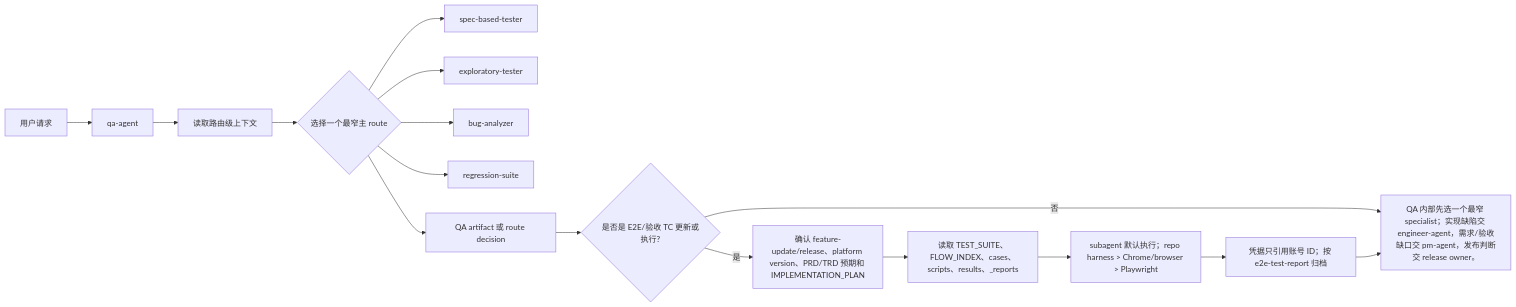
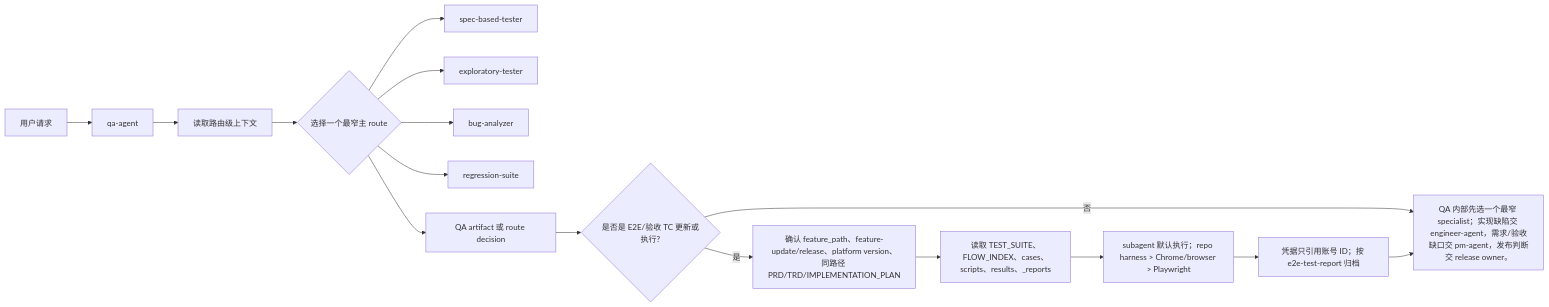
The diagram in docs/pm/agents/qa-agent/PRD.md (Neplich/dev-agent-skills), drawn with Mermaid before and after one commit. The commit also changed other lines of this file and 226 other files, not shown here.

First line of the commit message:
feat: 固化多级 feature_path 文档契约

````diff
--- a/docs/pm/agents/qa-agent/PRD.md
+++ b/docs/pm/agents/qa-agent/PRD.md
@@ -102,18 +109,18 @@
 ```mermaid
 flowchart LR
     User["用户请求"] --> Entry["qa-agent"]
     Entry --> Context["读取路由级上下文"]
     Context --> Decision{"选择一个最窄主 route"}
     Decision --> spec_based_tester["spec-based-tester"]
     Decision --> exploratory_tester["exploratory-tester"]
     Decision --> bug_analyzer["bug-analyzer"]
     Decision --> regression_suite["regression-suite"]
     Decision --> Output["QA artifact 或 route decision"]
     Output --> E2ECheck{"是否是 E2E/验收 TC 更新或执行?"}
     E2ECheck -->|否| Handoff["QA 内部先选一个最窄 specialist；实现缺陷交 engineer-agent，需求/验收缺口交 pm-agent，发布判断交 release owner。"]
-    E2ECheck -->|是| E2EGate["确认 feature-update/release、platform version、PRD/TRD 预期和 IMPLEMENTATION_PLAN"]
+    E2ECheck -->|是| E2EGate["确认 feature_path、feature-update/release、platform version、同路径 PRD/TRD/IMPLEMENTATION_PLAN"]
     E2EGate --> Memory["读取 TEST_SUITE、FLOW_INDEX、cases、scripts、results、_reports"]
     Memory --> Execute["subagent 默认执行；repo harness > Chrome/browser > Playwright"]
     Execute --> Report["凭据只引用账号 ID；按 e2e-test-report 归档"]
     Report --> Handoff
 ```
````
